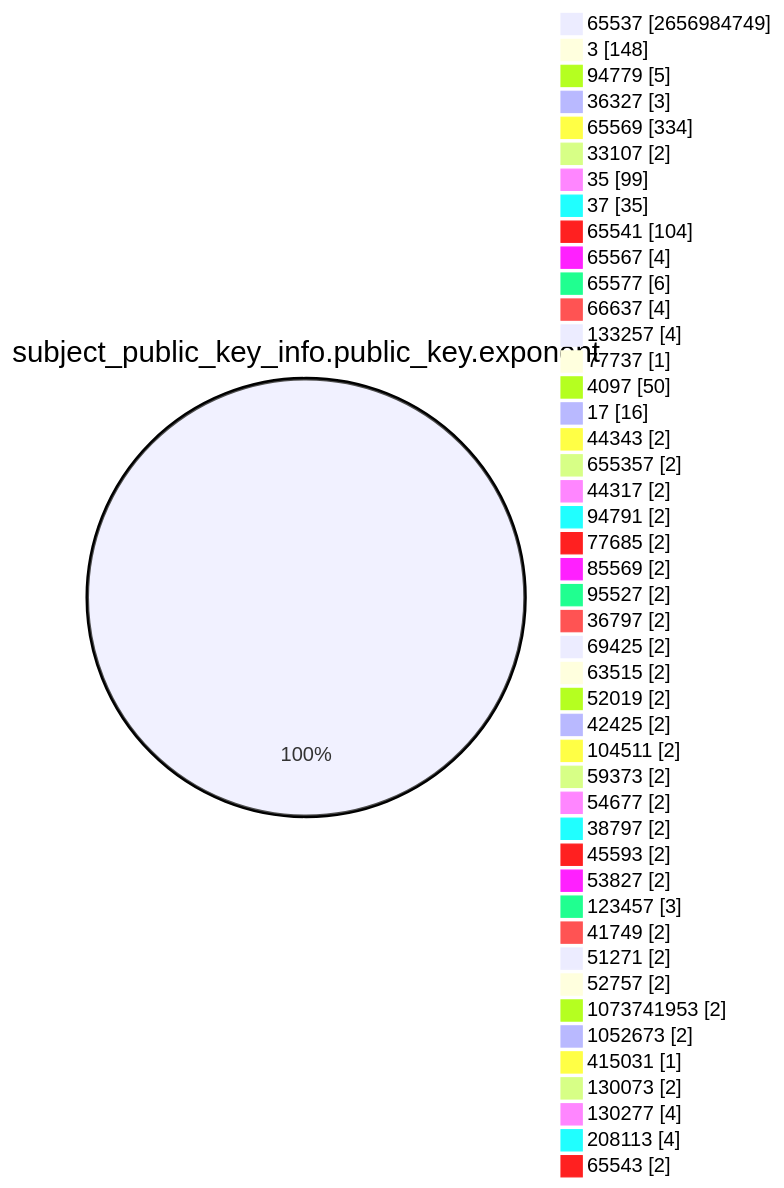
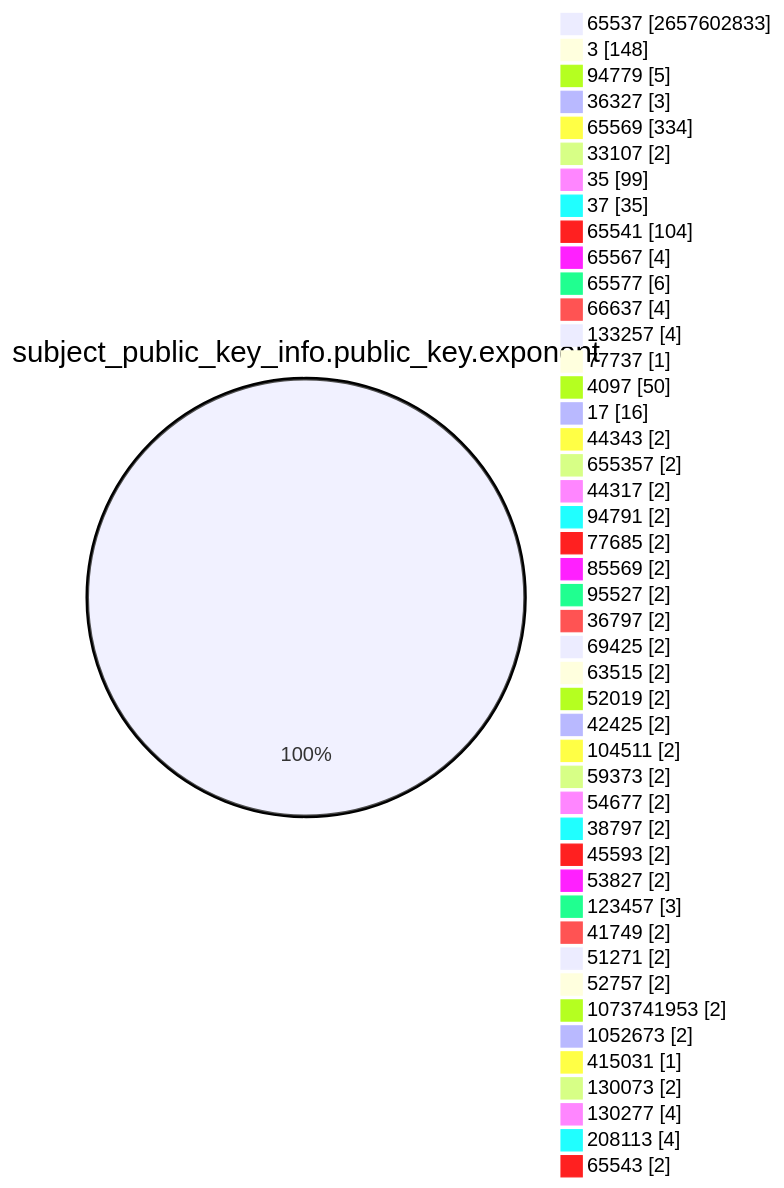
The fourth of 15 diagrams in TOTAL/README.md (christiankrug/ctmonitor_visualization), drawn with Mermaid before and after one commit. The commit also changed other lines of this file, not shown here.

````diff
--- a/TOTAL/README.md
+++ b/TOTAL/README.md
@@ -1466,49 +1466,49 @@
 ```mermaid
 pie showData
 title subject_public_key_info.public_key.exponent
-"65537" :2656984749
+"65537" :2657602833
 "3" :148
 "94779" :5
 "36327" :3
 "65569" :334
 "33107" :2
 "35" :99
 "37" :35
 "65541" :104
 "65567" :4
 "65577" :6
 "66637" :4
 "133257" :4
 "77737" :1
 "4097" :50
 "17" :16
 "44343" :2
 "655357" :2
 "44317" :2
 "94791" :2
 "77685" :2
 "85569" :2
 "95527" :2
 "36797" :2
 "69425" :2
 "63515" :2
 "52019" :2
 "42425" :2
 "104511" :2
 "59373" :2
 "54677" :2
 "38797" :2
 "45593" :2
 "53827" :2
 "123457" :3
 "41749" :2
 "51271" :2
 "52757" :2
 "1073741953" :2
 "1052673" :2
 "415031" :1
 "130073" :2
 "130277" :4
 "208113" :4
 "65543" :2
 ```
````
